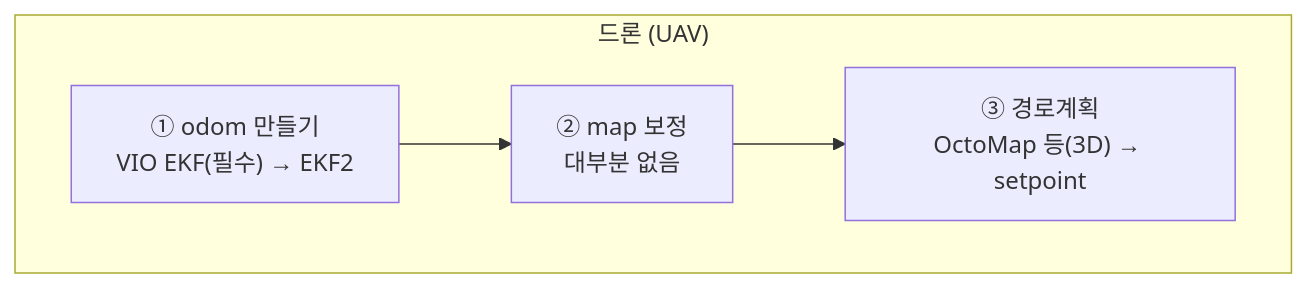
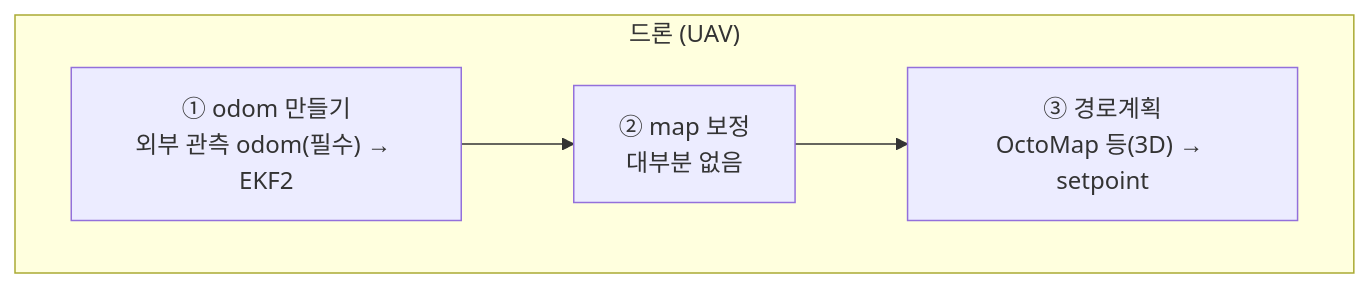
One commit to codebaragi23/ROS2-doc changed the second of 8 diagrams in 5_드론 적용/00_지상로봇과_드론은_무엇이_다른가.md. Above: the diagram before and after it, drawn with Mermaid. The commit also changed other lines of this file and 12 other files, not shown here.

````diff
--- a/5_드론 적용/00_지상로봇과_드론은_무엇이_다른가.md
+++ b/5_드론 적용/00_지상로봇과_드론은_무엇이_다른가.md
@@ -76,9 +78,9 @@
 ```mermaid
 flowchart TB
     subgraph AIR0["드론 (UAV)"]
         00["① odom 만들기
-VIO EKF(필수) → EKF2"] --> 01["② map 보정
+외부 관측 odom(필수) → EKF2"] --> 01["② map 보정
 대부분 없음"] --> 02["③ 경로계획
 OctoMap 등(3D) → setpoint"]
     end
 ```
````
